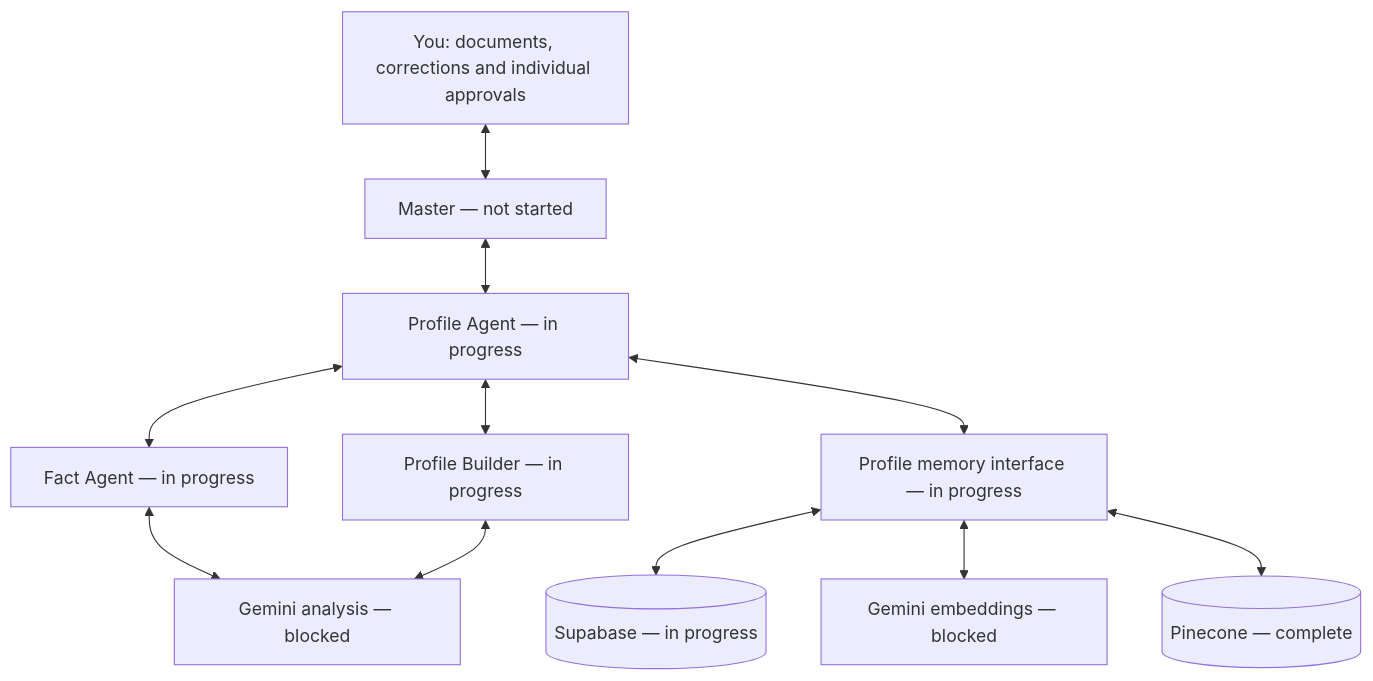
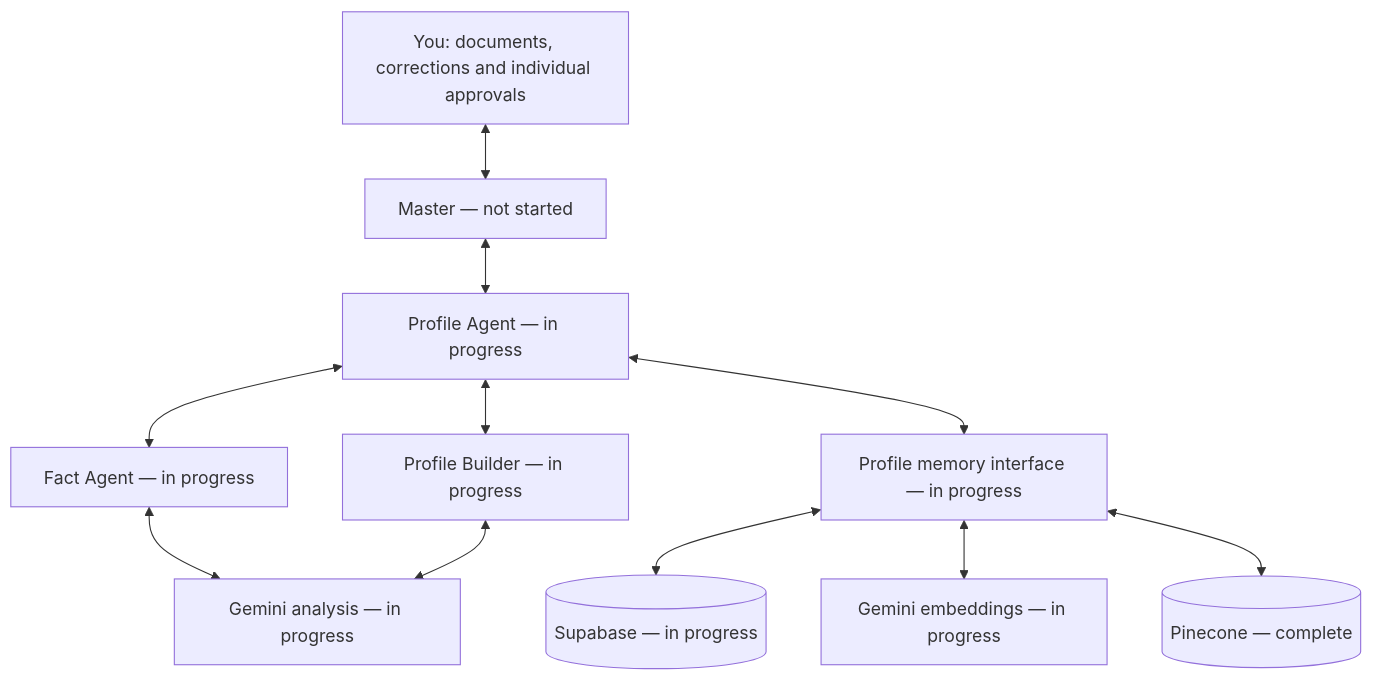
Before and after one commit to ujjwalbhateja/Career_Scout: the diagram in docs/profile-architecture.md, drawn with Mermaid. The commit also changed other lines of this file and 1 other file, not shown here.

````diff
--- a/docs/profile-architecture.md
+++ b/docs/profile-architecture.md
@@ -5,13 +5,13 @@
 ```mermaid
 flowchart TD
     U["You: documents, corrections and individual approvals"] <--> M["Master — not started"]
     M <--> P["Profile Agent — in progress"]
     P <--> F["Fact Agent — in progress"]
     P <--> B["Profile Builder — in progress"]
     P <--> R["Profile memory interface — in progress"]
-    F <--> A["Gemini analysis — blocked"]
+    F <--> A["Gemini analysis — in progress"]
     B <--> A
     R <--> S[("Supabase — in progress")]
-    R <--> E["Gemini embeddings — blocked"]
+    R <--> E["Gemini embeddings — in progress"]
     R <--> V[("Pinecone — complete")]
 ```
````
